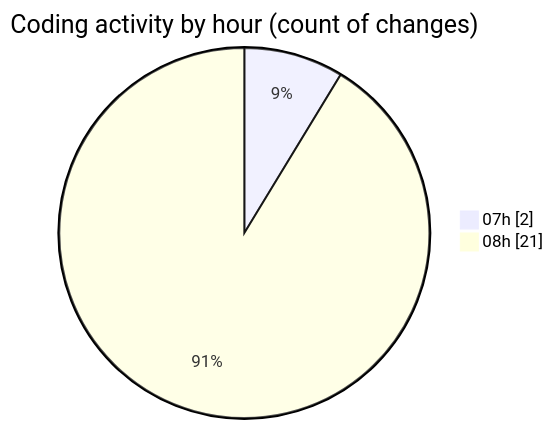
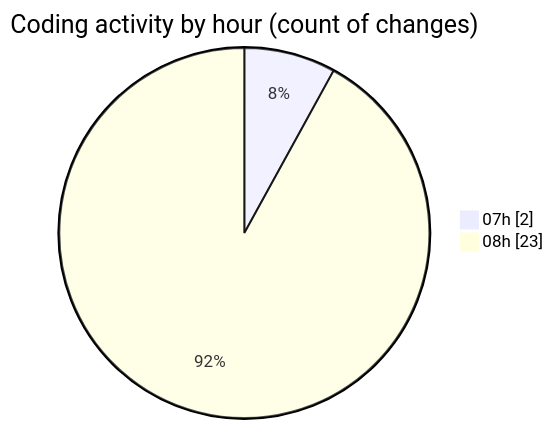
Before and after one commit to LanceThiago/code-tracking: the second of 2 diagrams in 2025-01-09/nueva_carpeta/README.md, drawn with Mermaid. The commit also changed other lines of this file and 1 other file, not shown here.

````diff
--- a/2025-01-09/nueva_carpeta/README.md
+++ b/2025-01-09/nueva_carpeta/README.md
@@ -28,6 +28,6 @@
 ```mermaid
 pie showData
 title Coding activity by hour (count of changes)
 "07h" : 2
-"08h" : 21
+"08h" : 23
 ```
````
